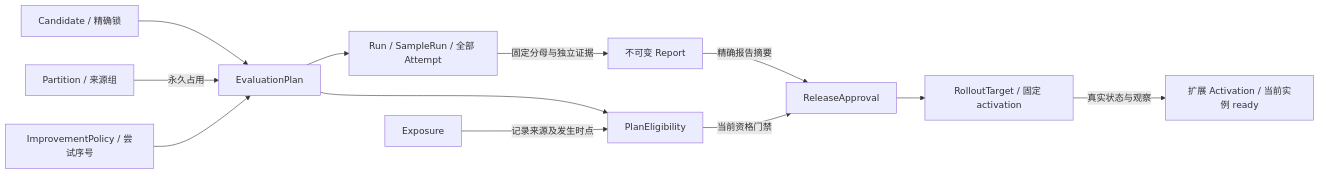
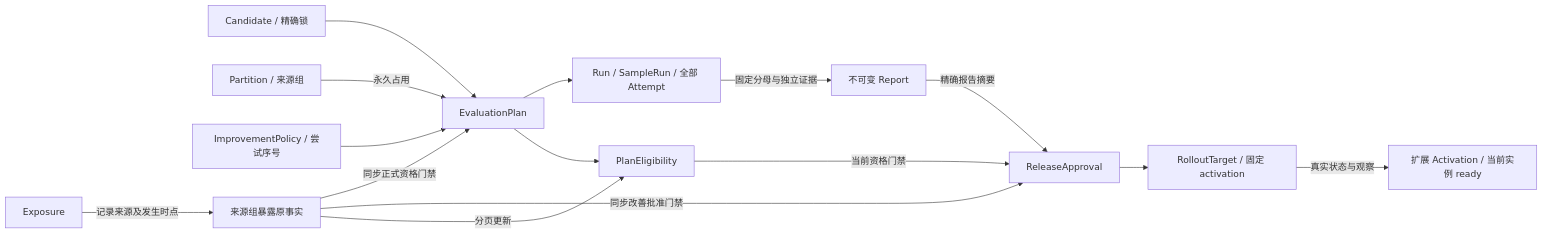
The second of 3 diagrams in docs/architecture/evaluation/implementation.md (ruipengliu/lerna), drawn with Mermaid before and after one commit. The commit also changed other lines of this file and 62 other files, not shown here.

Commit message:
docs: complete architecture review follow-up

````diff
--- a/docs/architecture/evaluation/implementation.md
+++ b/docs/architecture/evaluation/implementation.md
@@ -138,14 +142,17 @@
 ```mermaid
 flowchart LR
     C[Candidate / 精确锁] --> P[EvaluationPlan]
     D[Partition / 来源组] -->|永久占用| P
     I[ImprovementPolicy / 尝试序号] --> P
     P --> R[Run / SampleRun / 全部 Attempt]
     R -->|固定分母与独立证据| S[不可变 Report]
     P --> E[PlanEligibility]
-    X[Exposure] -->|记录来源及发生时点| E
+    X[Exposure] -->|记录来源及发生时点| G[来源组暴露原事实]
+    G -->|同步正式资格门禁| P
+    G -->|同步改善批准门禁| A
+    G -->|分页更新| E
     S -->|精确报告摘要| A[ReleaseApproval]
     E -->|当前资格门禁| A
     A --> T[RolloutTarget / 固定 activation]
     T -->|真实状态与观察| O[扩展 Activation / 当前实例 ready]
 ```
````
